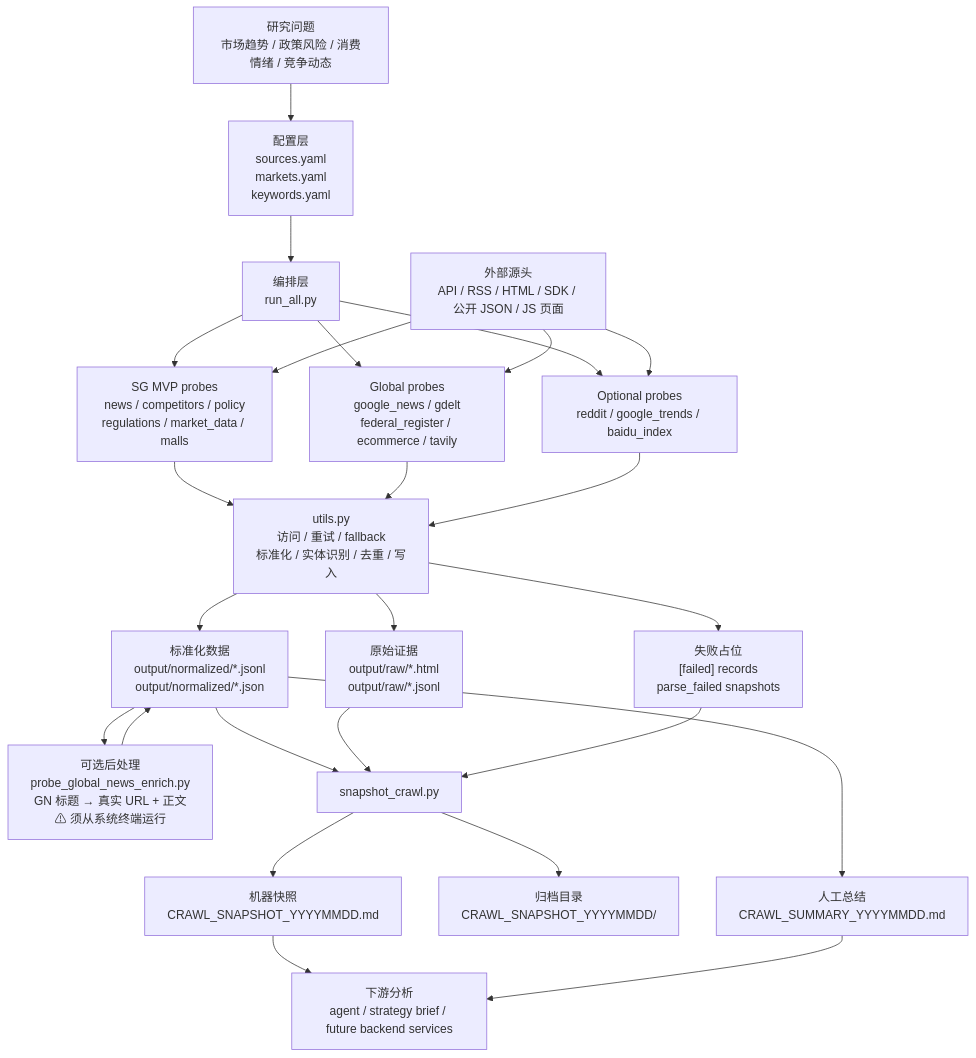
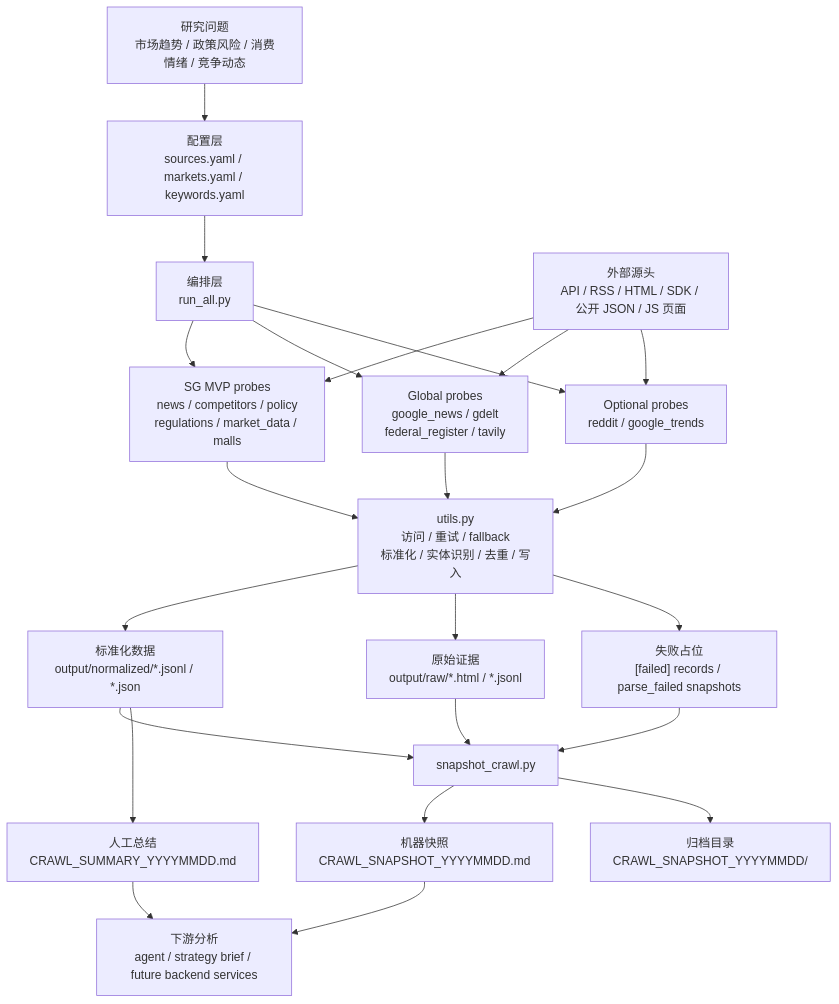
Before and after one commit to CheukYuen/Aurum-Radar: the diagram in data_probe/ARCHITECTURE.md, drawn with Mermaid. The commit also changed other lines of this file and 10 other files, not shown here.

First line of the commit message:
Remove failed data probes: Google News enricher, ecommerce, Baidu Index

````diff
--- a/data_probe/ARCHITECTURE.md
+++ b/data_probe/ARCHITECTURE.md
@@ -49,36 +49,33 @@
 ```mermaid
 flowchart TD
-    Q["研究问题<br/>市场趋势 / 政策风险 / 消费情绪 / 竞争动态"] --> C["配置层<br/>sources.yaml<br/>markets.yaml<br/>keywords.yaml"]
+    Q["研究问题<br/>市场趋势 / 政策风险 / 消费情绪 / 竞争动态"] --> C["配置层<br/>sources.yaml / markets.yaml / keywords.yaml"]
 
     C --> R["编排层<br/>run_all.py"]
 
     R --> L["SG MVP probes<br/>news / competitors / policy<br/>regulations / market_data / malls"]
-    R --> G["Global probes<br/>google_news / gdelt<br/>federal_register / ecommerce / tavily"]
-    R --> O["Optional probes<br/>reddit / google_trends / baidu_index"]
+    R --> G["Global probes<br/>google_news / gdelt<br/>federal_register / tavily"]
+    R --> O["Optional probes<br/>reddit / google_trends"]
 
     EXT["外部源头<br/>API / RSS / HTML / SDK / 公开 JSON / JS 页面"] --> L
     EXT --> G
     EXT --> O
 
     L --> U["utils.py<br/>访问 / 重试 / fallback<br/>标准化 / 实体识别 / 去重 / 写入"]
     G --> U
     O --> U
 
-    U --> N["标准化数据<br/>output/normalized/*.jsonl<br/>output/normalized/*.json"]
-    U --> RAW["原始证据<br/>output/raw/*.html<br/>output/raw/*.jsonl"]
-    U --> FAIL["失败占位<br/>[failed] records<br/>parse_failed snapshots"]
-
-    N --> E["可选后处理<br/>probe_global_news_enrich.py<br/>GN 标题 → 真实 URL + 正文<br/>⚠ 须从系统终端运行"]
-    E --> N
+    U --> N["标准化数据<br/>output/normalized/*.jsonl / *.json"]
+    U --> RAW["原始证据<br/>output/raw/*.html / *.jsonl"]
+    U --> FAIL["失败占位<br/>[failed] records / parse_failed snapshots"]
 
     N --> S["snapshot_crawl.py"]
     RAW --> S
     FAIL --> S
 
     S --> SNAP["机器快照<br/>CRAWL_SNAPSHOT_YYYYMMDD.md"]
     S --> ARCHIVE["归档目录<br/>CRAWL_SNAPSHOT_YYYYMMDD/"]
     N --> SUMMARY["人工总结<br/>CRAWL_SUMMARY_YYYYMMDD.md"]
 
     SNAP --> A["下游分析<br/>agent / strategy brief / future backend services"]
     SUMMARY --> A
 ```
````
